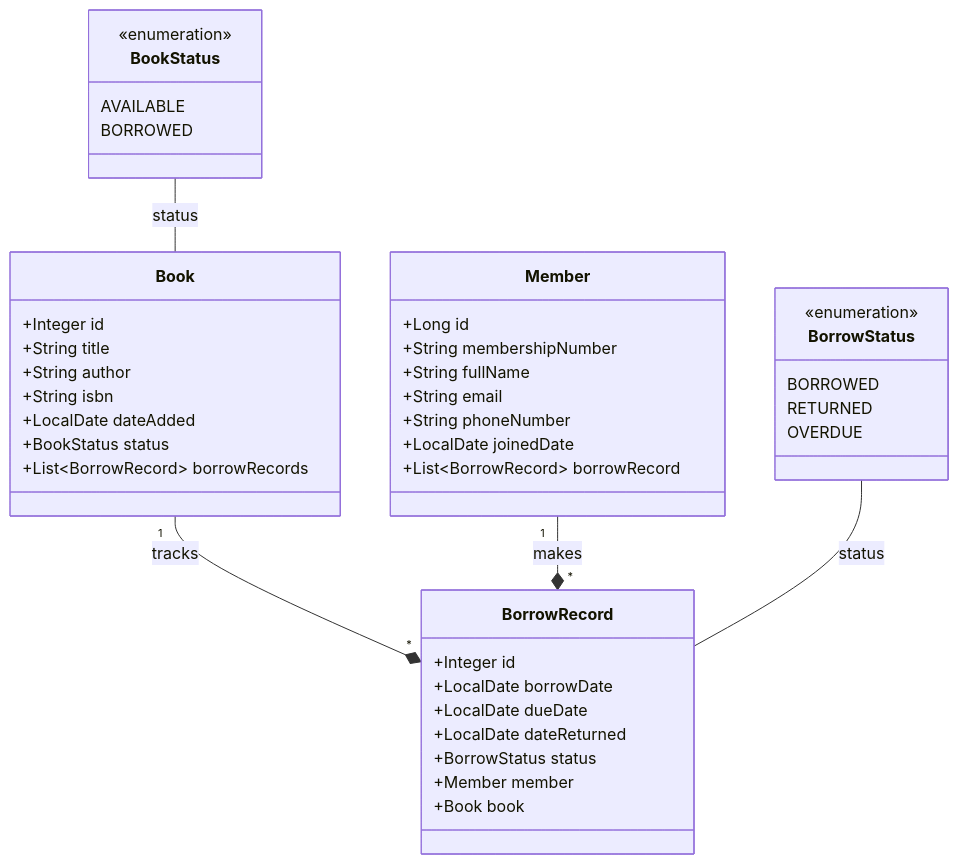
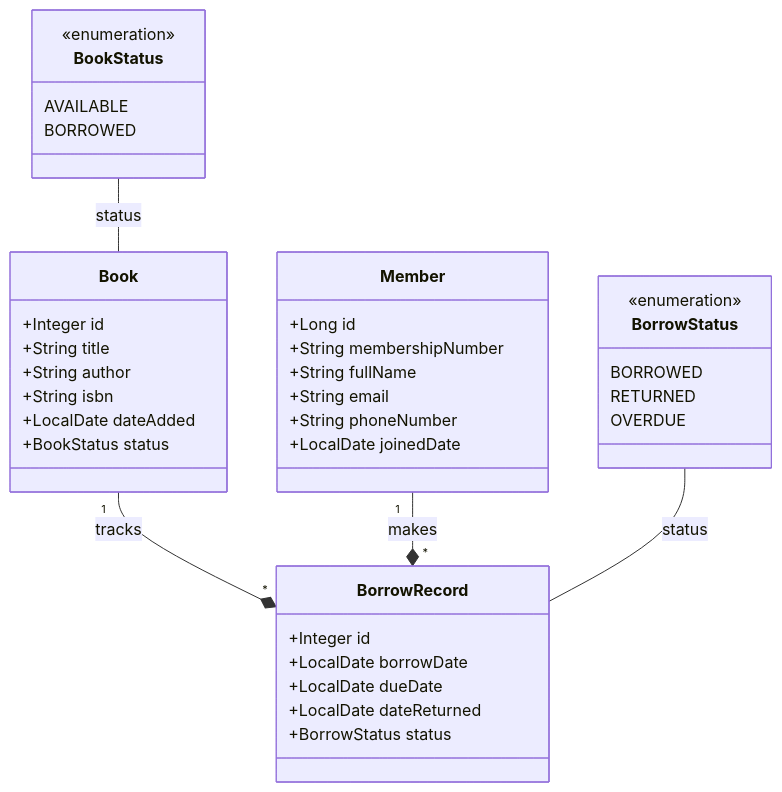
The diagram in README.md (Shade-art/Library-Borrowing-System), drawn with Mermaid before and after one commit. The commit also changed other lines of this file, not shown here.

````diff
--- a/README.md
+++ b/README.md
@@ -21,45 +21,41 @@
 ```mermaid
 classDiagram
     class Book {
         +Integer id
         +String title
         +String author
         +String isbn
         +LocalDate dateAdded
         +BookStatus status
-        +List~BorrowRecord~ borrowRecords
     }
     class Member {
         +Long id
         +String membershipNumber
         +String fullName
         +String email
         +String phoneNumber
         +LocalDate joinedDate
-        +List~BorrowRecord~ borrowRecord
     }
     class BorrowRecord {
         +Integer id
         +LocalDate borrowDate
         +LocalDate dueDate
         +LocalDate dateReturned
         +BorrowStatus status
-        +Member member
-        +Book book
     }
     class BookStatus {
         <<enumeration>>
         AVAILABLE
         BORROWED
     }
     class BorrowStatus {
         <<enumeration>>
         BORROWED
         RETURNED
         OVERDUE
     }
     Book "1" --* "*" BorrowRecord : tracks
     Member "1" --* "*" BorrowRecord : makes
     BookStatus -- Book : status
     BorrowStatus -- BorrowRecord : status
 ```
````
